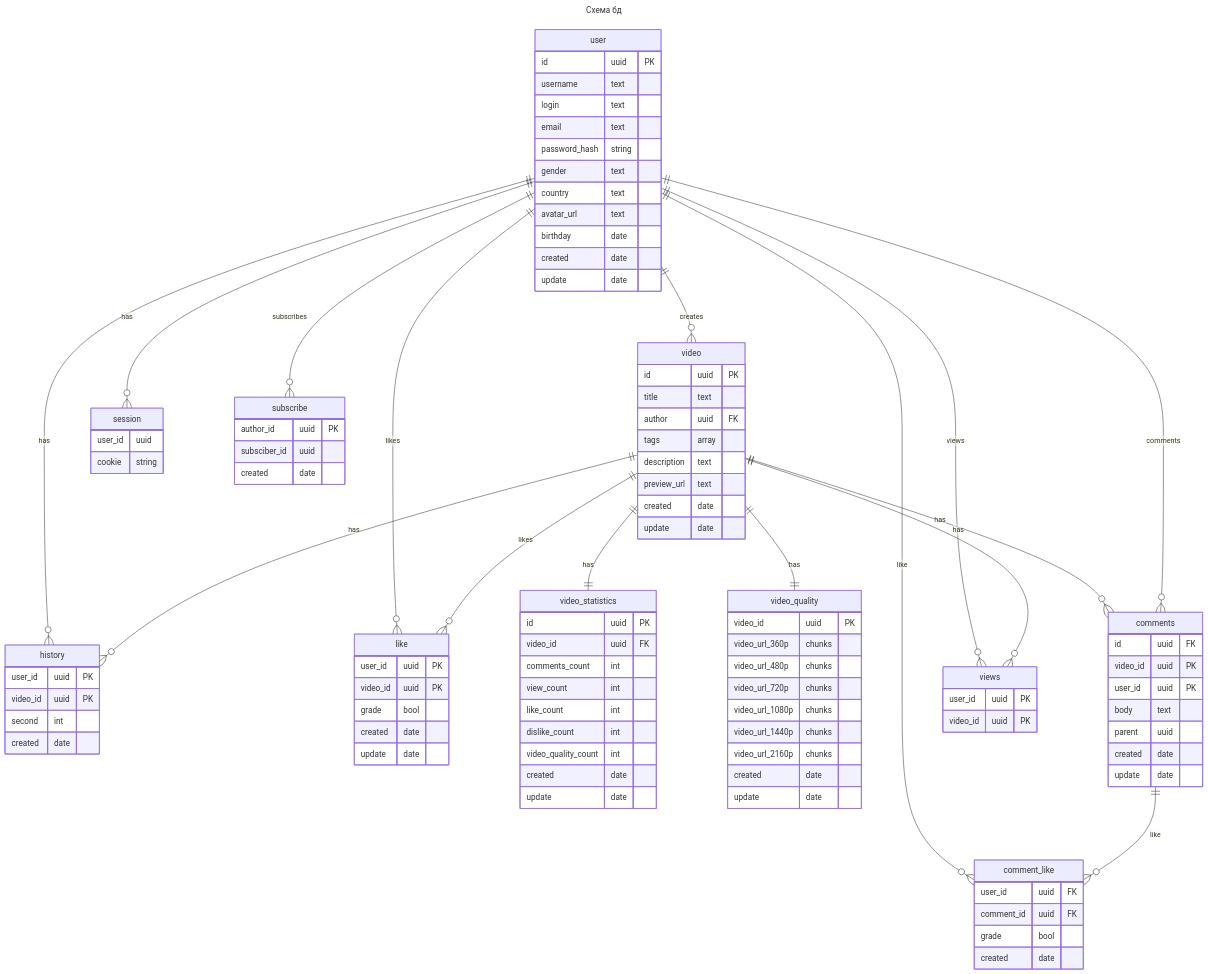
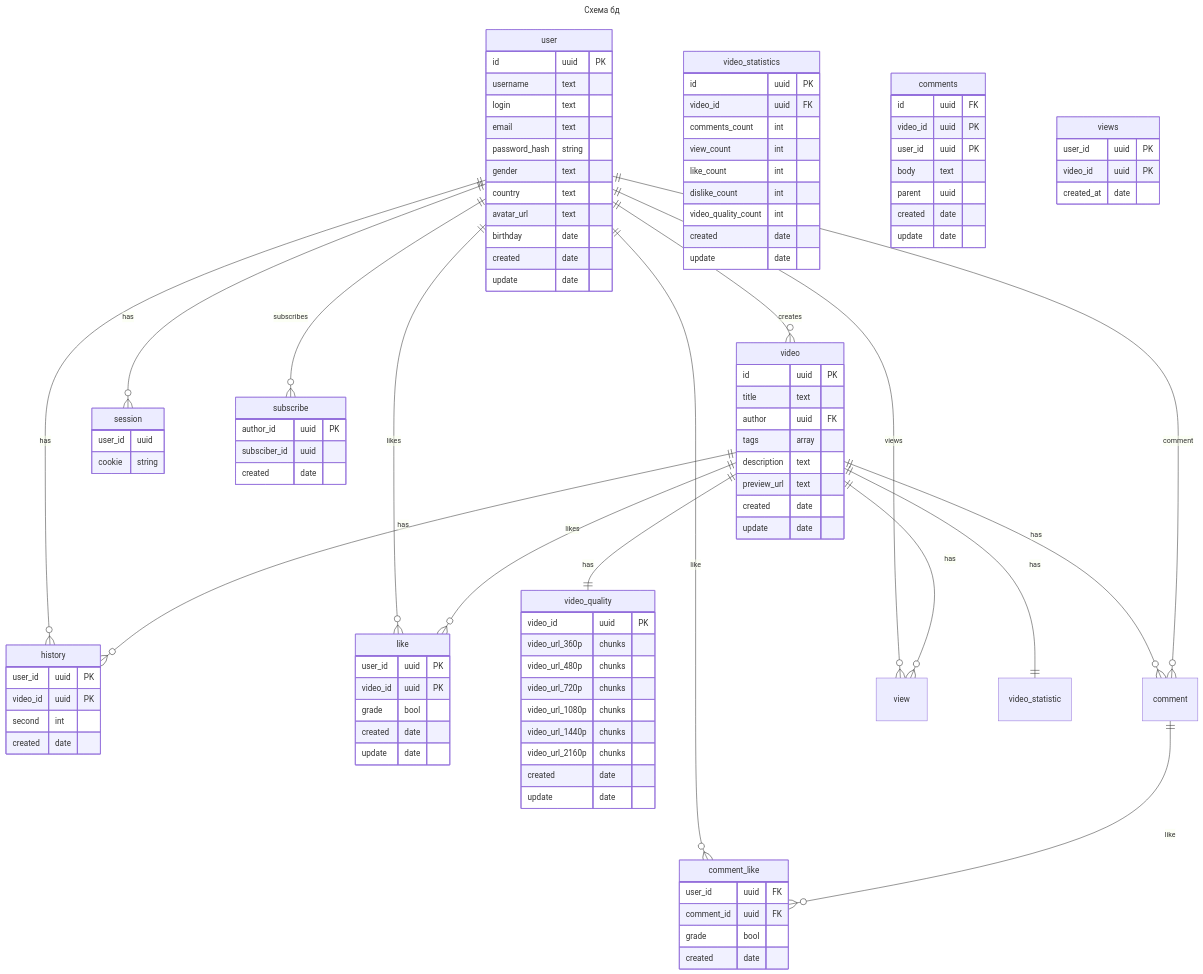
The first of 7 diagrams in README.md (DmitriyKomarovCoder/higload-youtube), drawn with Mermaid before and after one commit. The commit also changed other lines of this file and 1 other file, not shown here.

````diff
--- a/README.md
+++ b/README.md
@@ -547,20 +551,21 @@
     views {
         user_id uuid PK
         video_id uuid PK
+        created_at date
     }
     user ||--o{ history : has
     video ||--o{ history : has
     user ||--o{ comment_like : like
-    comments ||--o{ comment_like : like
+    comment ||--o{ comment_like : like
     user ||--o{ video : creates
-    video ||--o{ comments : has
-    user ||--o{ comments : comments
+    video ||--o{ comment : has
+    user ||--o{ comment : comment
     user ||--o{ like : likes
     video ||--o{ like : likes
     user ||--o{ subscribe : subscribes
-    user ||--o{ views : views
+    user ||--o{ view : views
     user ||--o{ session : has
-    video ||--|| video_statistics : has
+    video ||--|| video_statistic : has
     video ||--|| video_quality : has
-    video ||--o{ views : has
+    video ||--o{ view : has
 ```
````
